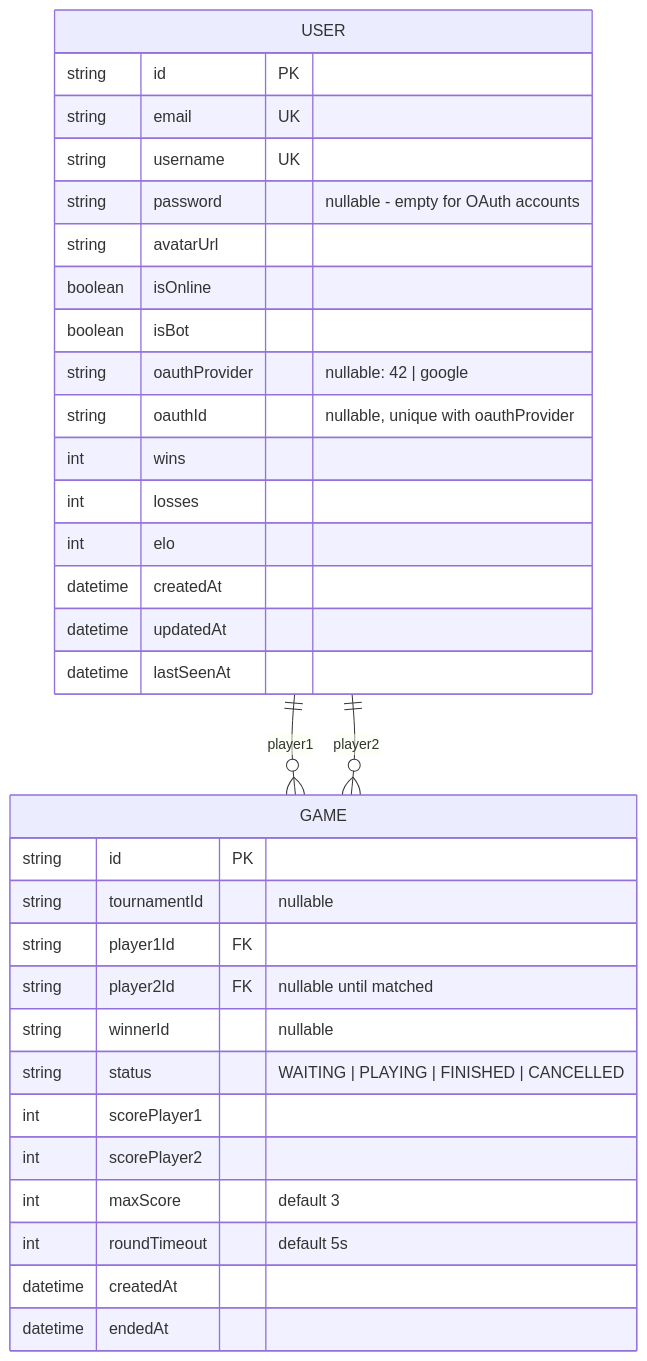
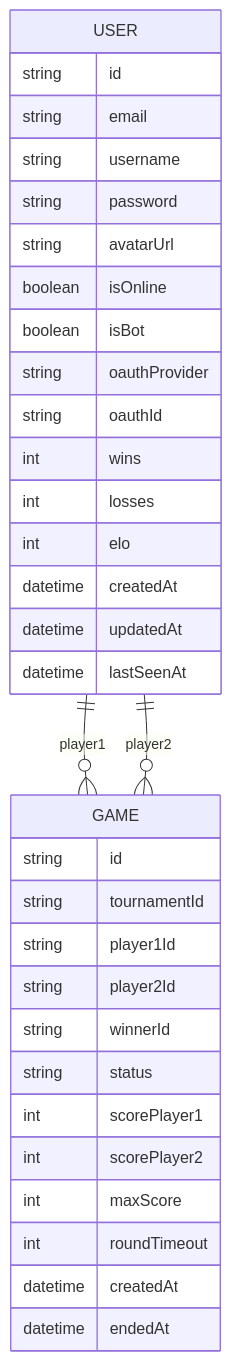
The diagram in README.md (fcaval42/ft_transcendance), drawn with Mermaid before and after one commit. The commit also changed other lines of this file, not shown here.

Commit message:
Readme fini

````diff
--- a/README.md
+++ b/README.md
@@ -109,38 +109,38 @@
 ```mermaid
 erDiagram
     USER ||--o{ GAME : "player1"
     USER ||--o{ GAME : "player2"
 
     USER {
-        string id PK
-        string email UK
-        string username UK
-        string password "nullable - empty for OAuth accounts"
+        string id
+        string email
+        string username
+        string password
         string avatarUrl
         boolean isOnline
         boolean isBot
-        string oauthProvider "nullable: 42 | google"
-        string oauthId "nullable, unique with oauthProvider"
+        string oauthProvider
+        string oauthId
         int wins
         int losses
         int elo
         datetime createdAt
         datetime updatedAt
         datetime lastSeenAt
     }
 
     GAME {
-        string id PK
-        string tournamentId "nullable"
-        string player1Id FK
-        string player2Id FK "nullable until matched"
-        string winnerId "nullable"
-        string status "WAITING | PLAYING | FINISHED | CANCELLED"
+        string id
+        string tournamentId
+        string player1Id
+        string player2Id
+        string winnerId
+        string status
         int scorePlayer1
         int scorePlayer2
-        int maxScore "default 3"
-        int roundTimeout "default 5s"
+        int maxScore
+        int roundTimeout
         datetime createdAt
         datetime endedAt
     }
 ```
````
